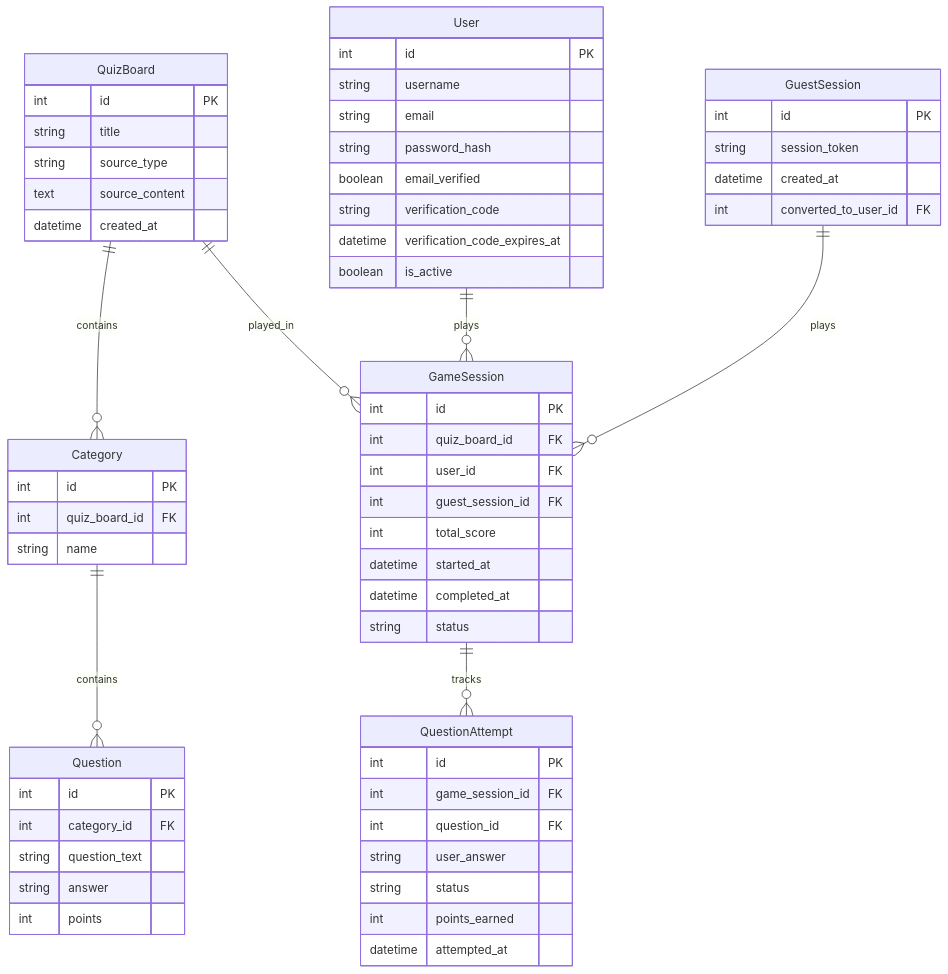
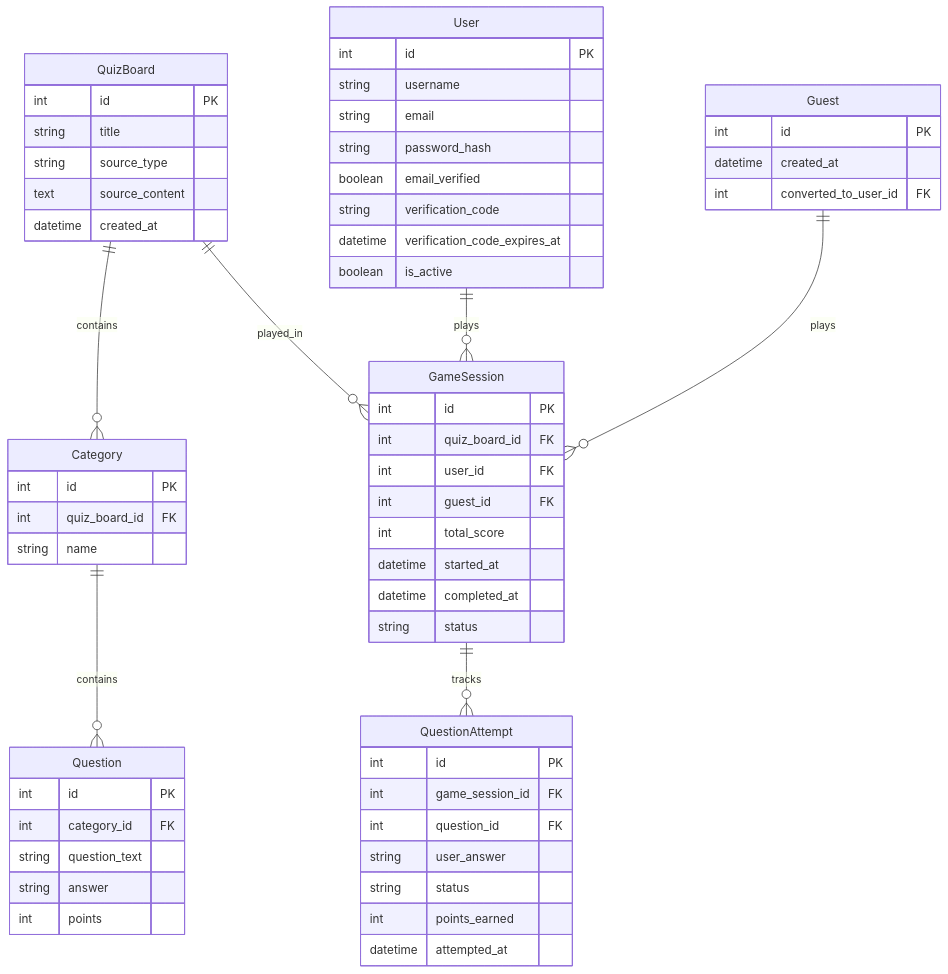
One commit to mental1337/jeopardyze changed the second of 4 diagrams in docs/project_design_doc.md. Above: the diagram before and after it, drawn with Mermaid. The commit also changed other lines of this file and 17 other files, not shown here.

````diff
--- a/docs/project_design_doc.md
+++ b/docs/project_design_doc.md
@@ -38,70 +38,69 @@
 ```mermaid
 erDiagram
     QuizBoard ||--o{ Category : contains
     Category ||--o{ Question : contains
     QuizBoard ||--o{ GameSession : played_in
     User ||--o{ GameSession : plays
     GameSession ||--o{ QuestionAttempt : tracks
-    GuestSession ||--o{ GameSession : plays
+    Guest ||--o{ GameSession : plays
 
     QuizBoard {
         int id PK
         string title
         string source_type
         text source_content
         datetime created_at
     }
 
     Category {
         int id PK
         int quiz_board_id FK
         string name
     }
 
     Question {
         int id PK
         int category_id FK
         string question_text
         string answer
         int points
     }
 
     GameSession {
         int id PK
         int quiz_board_id FK
         int user_id FK
-        int guest_session_id FK
+        int guest_id FK
         int total_score
         datetime started_at
         datetime completed_at
         string status
     }
 
     QuestionAttempt {
         int id PK
         int game_session_id FK
         int question_id FK
         string user_answer
         string status
         int points_earned
         datetime attempted_at
     }
 
     User {
         int id PK
         string username
         string email
         string password_hash
         boolean email_verified
         string verification_code
         datetime verification_code_expires_at
         boolean is_active
     }
 
-    GuestSession {
+    Guest {
         int id PK
-        string session_token
         datetime created_at
         int converted_to_user_id FK
     }
 ```
````
